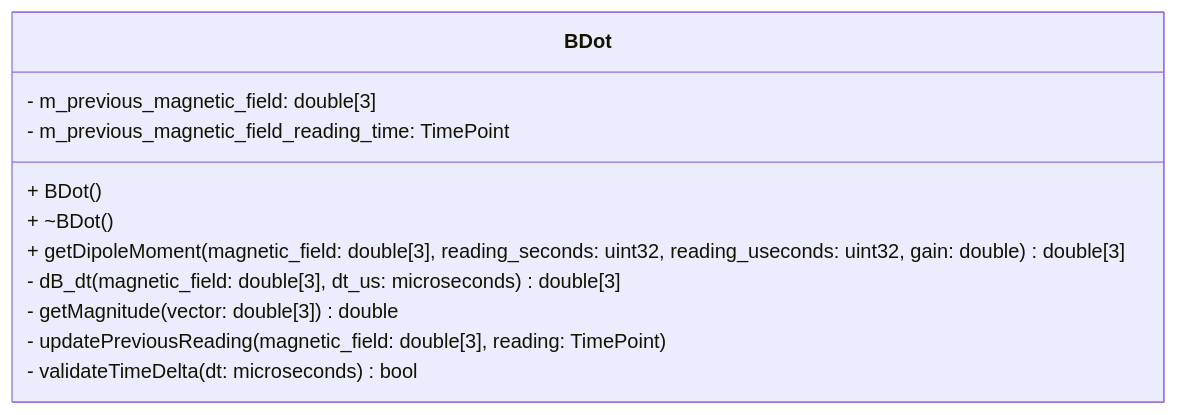
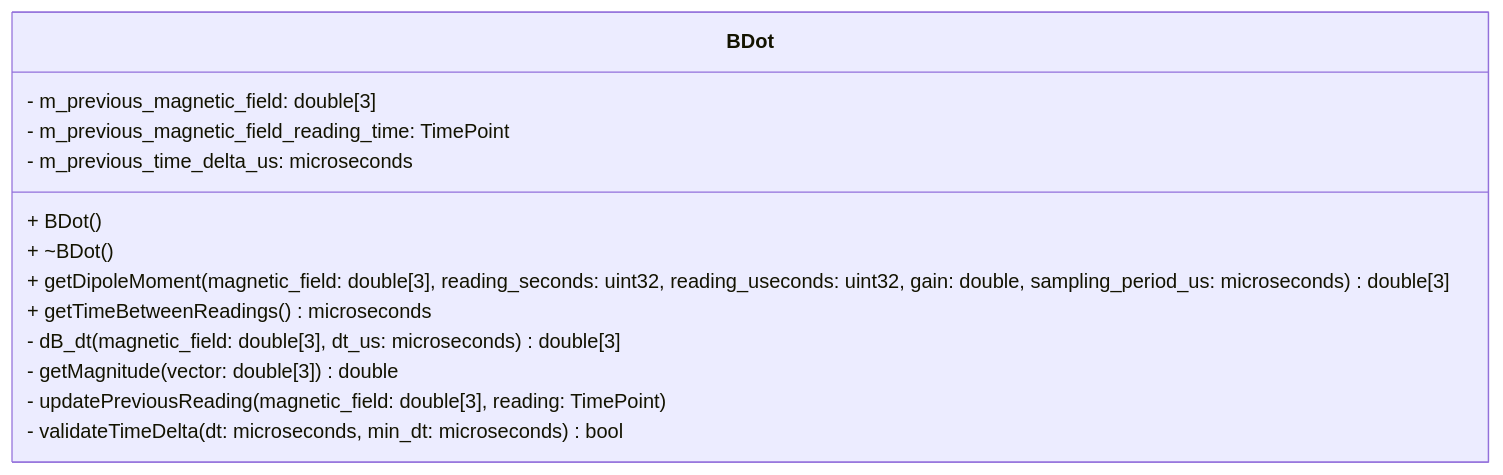
Before and after one commit to Open-Source-Space-Foundation/proves-core-reference: the second of 5 diagrams in FprimeZephyrReference/Components/DetumbleManager/docs/sdd.md, drawn with Mermaid. The commit also changed other lines of this file and 5 other files, not shown here.

````diff
--- a/FprimeZephyrReference/Components/DetumbleManager/docs/sdd.md
+++ b/FprimeZephyrReference/Components/DetumbleManager/docs/sdd.md
@@ -79,14 +79,16 @@
 ```mermaid
 classDiagram
     class BDot {
         + BDot()
         + ~BDot()
-        + getDipoleMoment(magnetic_field: double[3], reading_seconds: uint32, reading_useconds: uint32, gain: double) double[3]
+        + getDipoleMoment(magnetic_field: double[3], reading_seconds: uint32, reading_useconds: uint32, gain: double, sampling_period_us: microseconds) double[3]
+        + getTimeBetweenReadings() microseconds
         - dB_dt(magnetic_field: double[3], dt_us: microseconds) double[3]
         - getMagnitude(vector: double[3]) double
         - updatePreviousReading(magnetic_field: double[3], reading: TimePoint)
-        - validateTimeDelta(dt: microseconds) bool
+        - validateTimeDelta(dt: microseconds, min_dt: microseconds) bool
         - m_previous_magnetic_field: double[3]
         - m_previous_magnetic_field_reading_time: TimePoint
+        - m_previous_time_delta_us: microseconds
     }
 ```
````
